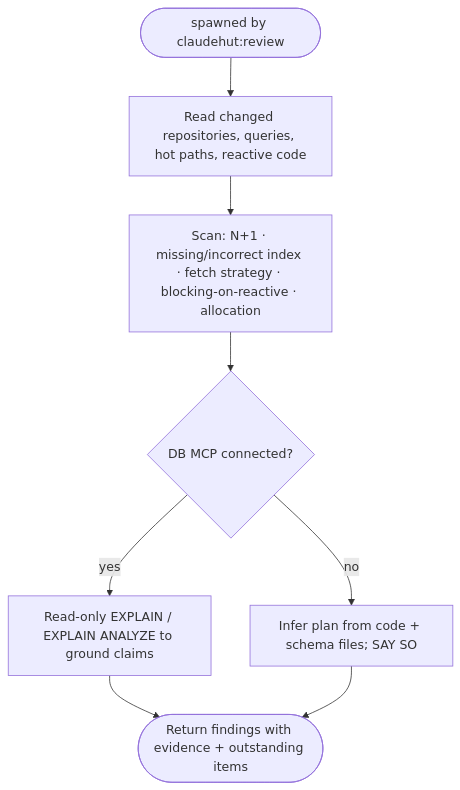
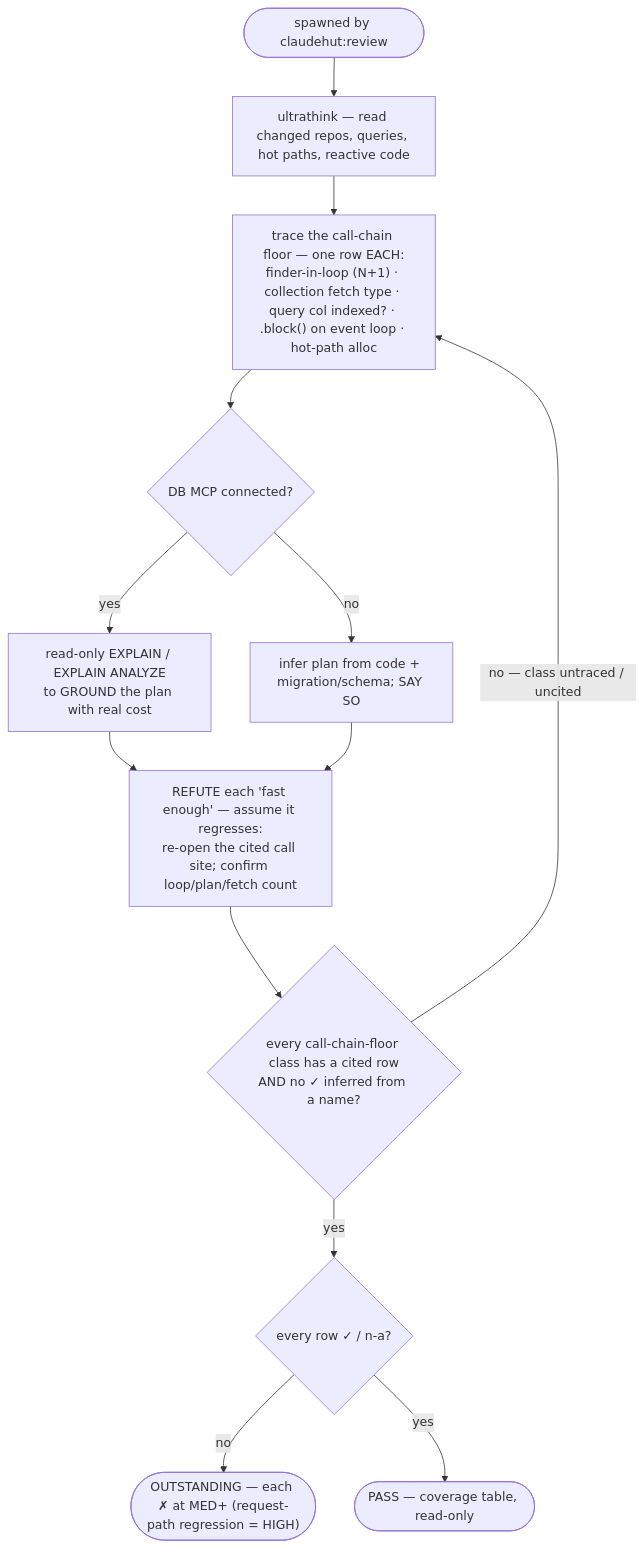
One commit to taipt1504/claudehut changed the diagram in agents/claudehut-perf-reviewer.md. Above: the diagram before and after it, drawn with Mermaid. The commit also changed other lines of this file and 22 other files, not shown here.

First line of the commit message:
feat(v0.8): skill+agent prompts — gates wired, ultra-flow diagrams, concision

````diff
--- a/agents/claudehut-perf-reviewer.md
+++ b/agents/claudehut-perf-reviewer.md
@@ -36,9 +32,15 @@
 ```mermaid
 flowchart TB
-    a([spawned by claudehut:review]) --> read["Read changed repositories, queries, hot paths, reactive code"]
-    read --> scan["Scan: N+1 · missing/incorrect index · fetch strategy · blocking-on-reactive · allocation"]
-    scan --> mcp{"DB MCP connected?"}
-    mcp -- yes --> explain["Read-only EXPLAIN / EXPLAIN ANALYZE to ground claims"]
-    mcp -- no --> static["Infer plan from code + schema files; SAY SO"]
-    explain & static --> out([Return findings with evidence + outstanding items])
+    start([spawned by claudehut:review]) --> read["ultrathink — read changed repos, queries, hot paths, reactive code"]
+    read --> trace["trace the call-chain floor — one row EACH:<br/>finder-in-loop (N+1) · collection fetch type · query col indexed? · .block() on event loop · hot-path alloc"]
+    trace --> ground{"DB MCP connected?"}
+    ground -- "yes" --> explain["read-only EXPLAIN / EXPLAIN ANALYZE<br/>to GROUND the plan with real cost"]
+    ground -- "no" --> infer["infer plan from code + migration/schema; SAY SO"]
+    explain --> crit["REFUTE each 'fast enough' — assume it regresses:<br/>re-open the cited call site; confirm loop/plan/fetch count"]
+    infer --> crit
+    crit --> floor{"every call-chain-floor class has a cited row<br/>AND no ✓ inferred from a name?"}
+    floor -- "no — class untraced / uncited" --> trace
+    floor -- "yes" --> verdict{"every row ✓ / n-a?"}
+    verdict -- "no" --> out(["OUTSTANDING — each ✗ at MED+ (request-path regression = HIGH)"])
+    verdict -- "yes" --> pass(["PASS — coverage table, read-only"])
 ```
````
